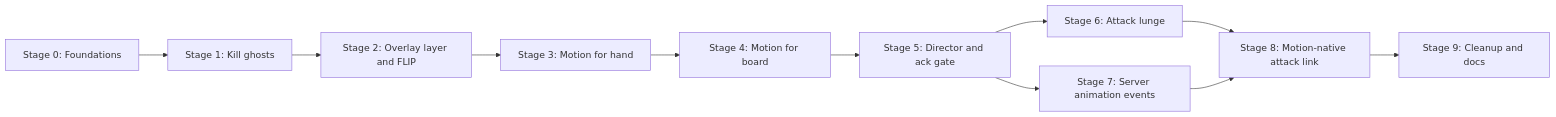
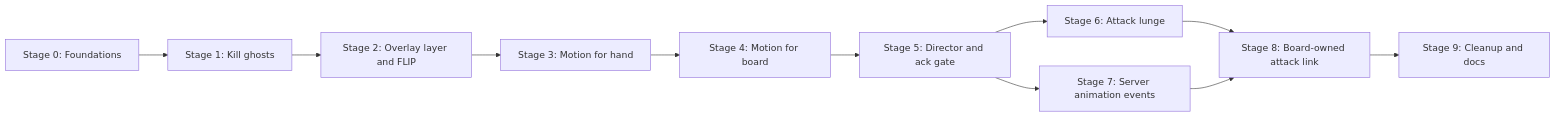
The second of 2 diagrams in plans/board-animation-motion-migration.md (JetPi/ProjectHiddenVillage), drawn with Mermaid before and after one commit. The commit also changed other lines of this file and 42 other files, not shown here.

First line of the commit message:
docs: document animation module, attack-link SVG, and flight layer

````diff
--- a/plans/board-animation-motion-migration.md
+++ b/plans/board-animation-motion-migration.md
@@ -328,13 +331,13 @@
 ```mermaid
 flowchart LR
   S0[Stage 0: Foundations] --> S1[Stage 1: Kill ghosts]
   S1 --> S2[Stage 2: Overlay layer and FLIP]
   S2 --> S3[Stage 3: Motion for hand]
   S3 --> S4[Stage 4: Motion for board]
   S4 --> S5[Stage 5: Director and ack gate]
   S5 --> S6[Stage 6: Attack lunge]
   S5 --> S7[Stage 7: Server animation events]
-  S6 --> S8[Stage 8: Motion-native attack link]
+  S6 --> S8[Stage 8: Board-owned attack link]
   S7 --> S8
   S8 --> S9[Stage 9: Cleanup and docs]
 ```
````
